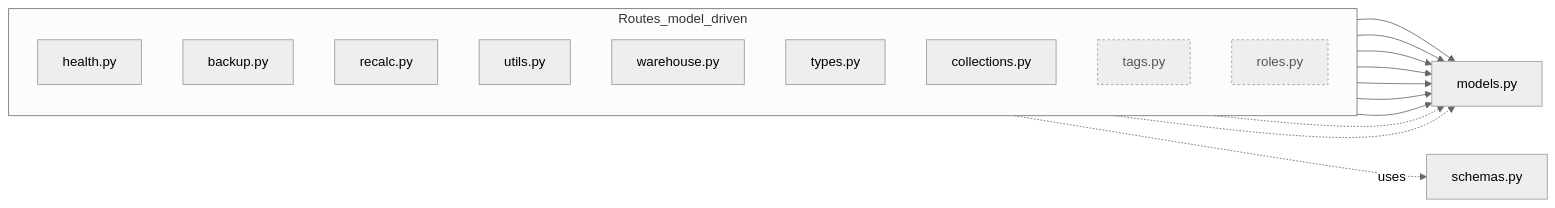
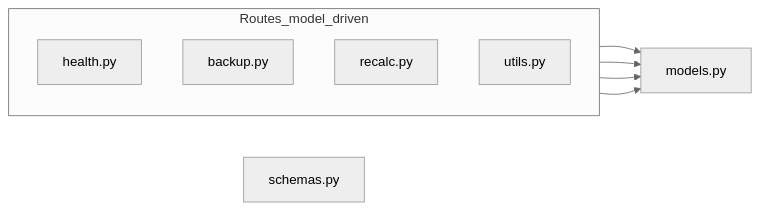
Before and after one commit to MGX-LJY/kbxy-monsters-pro: the third of 4 diagrams in server/server_docs/architecture-overview.md, drawn with Mermaid (neutral theme). The commit also changed other lines of this file and 2 other files, not shown here.

````diff
--- a/server/server_docs/architecture-overview.md
+++ b/server/server_docs/architecture-overview.md
@@ -92,32 +100,20 @@
 ```mermaid
 flowchart LR
   classDef opt stroke-dasharray:3 3,color:#555;
 
   subgraph Routes_model_driven
     direction TB
     R_health[health.py]
     R_backup[backup.py]
     R_recalc[recalc.py]
     R_utils[utils.py]
-    R_warehouse[warehouse.py]
-    R_types[types.py]
-    R_cols[collections.py]
-    R_tags[tags.py]:::opt
-    R_roles[roles.py]:::opt
   end
 
   models[models.py]
   schemas[schemas.py]
 
   R_health --> models
   R_backup --> models
   R_recalc --> models
-  R_utils --> models
-  R_warehouse --> models
-  R_types --> models
-  R_cols --> models
-  R_tags -.-> models
-  R_roles -.-> models
-
-  R_cols -. uses .-> schemas
+  R_utils  --> models
 ```
````
